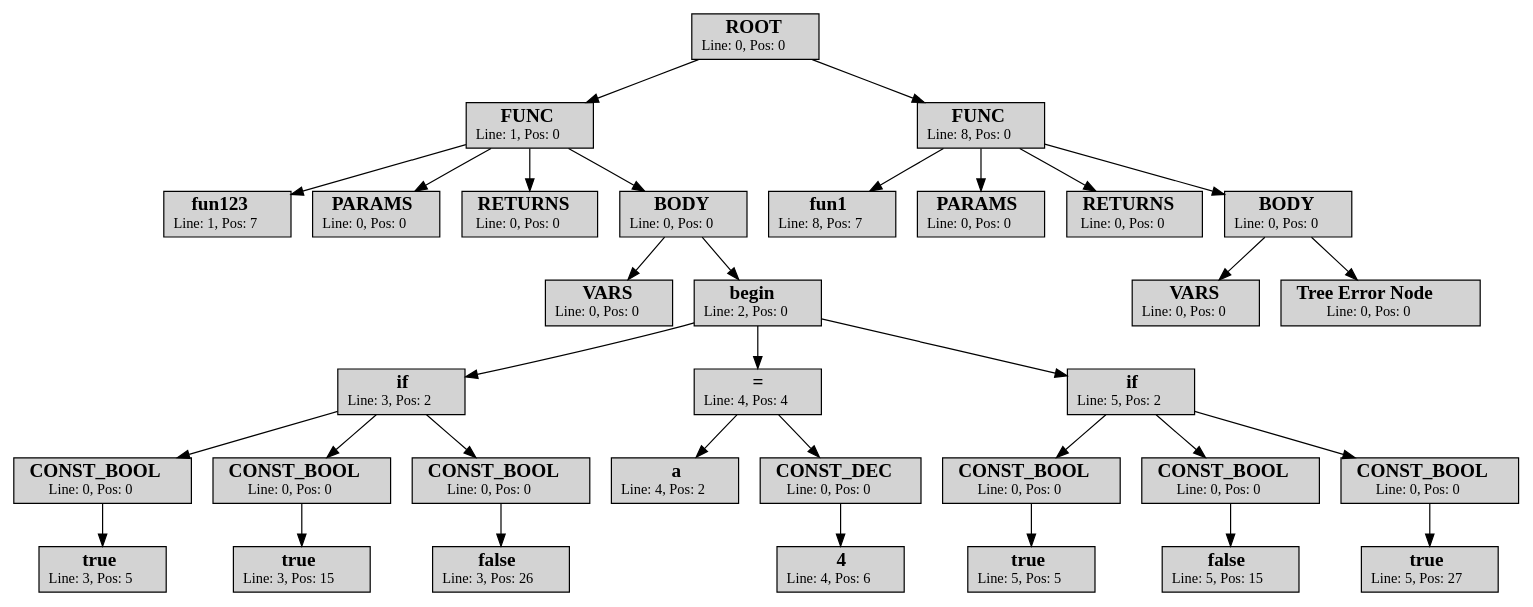
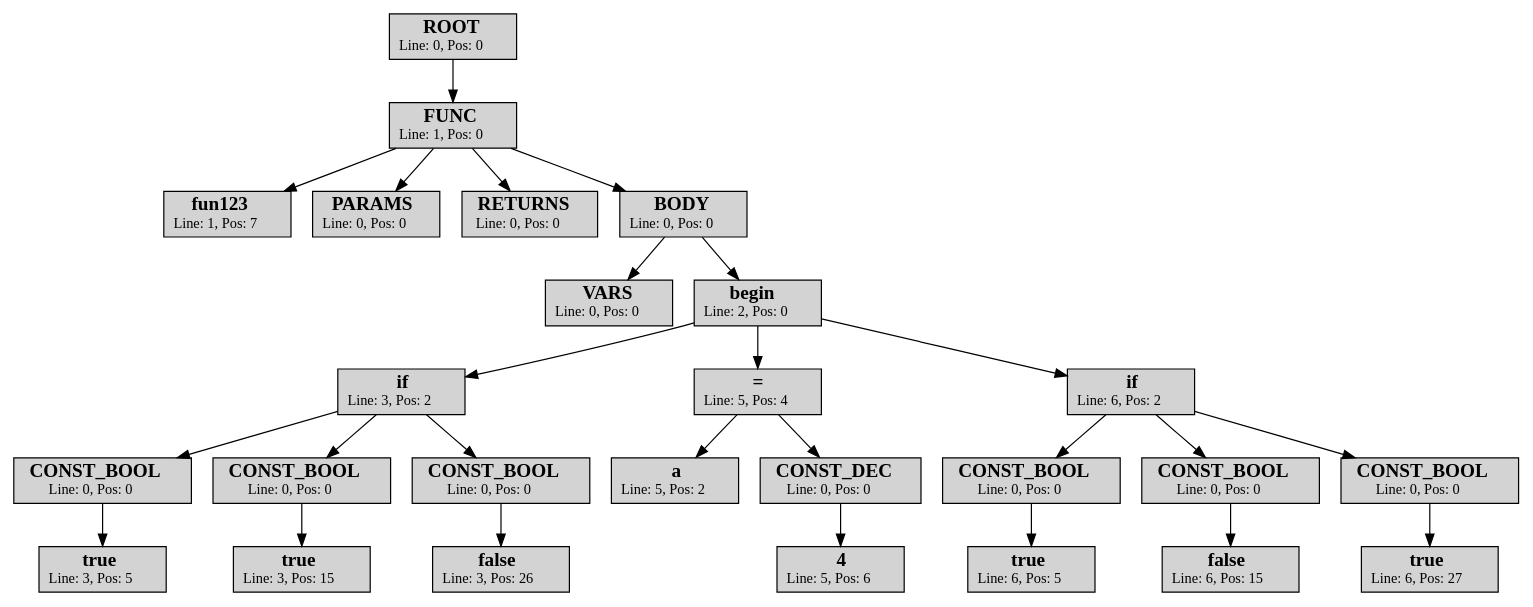
Before and after one commit to klephron/itmo: the diagram in Year-5/System-software/lab-2/io/input.txt.ast.dot, drawn with Graphviz. The commit also changed 8 other files, not shown here.

```diff
--- a/Year-5/System-software/lab-2/io/input.txt.ast.dot
+++ b/Year-5/System-software/lab-2/io/input.txt.ast.dot
@@ -1,68 +1,54 @@
 strict digraph AST{
 node [shape=rect, style=filled]
 id_1[label=< <FONT POINT-SIZE="16"><b>ROOT</b></FONT><br/><FONT POINT-SIZE="12">Line: 0, Pos: 0</FONT> >]
 id_2[label=< <FONT POINT-SIZE="16"><b>FUNC</b></FONT><br/><FONT POINT-SIZE="12">Line: 1, Pos: 0</FONT> >]
 id_3[label=< <FONT POINT-SIZE="16"><b>fun123</b></FONT><br/><FONT POINT-SIZE="12">Line: 1, Pos: 7</FONT> >]
 id_4[label=< <FONT POINT-SIZE="16"><b>PARAMS</b></FONT><br/><FONT POINT-SIZE="12">Line: 0, Pos: 0</FONT> >]
 id_5[label=< <FONT POINT-SIZE="16"><b>RETURNS</b></FONT><br/><FONT POINT-SIZE="12">Line: 0, Pos: 0</FONT> >]
 id_6[label=< <FONT POINT-SIZE="16"><b>BODY</b></FONT><br/><FONT POINT-SIZE="12">Line: 0, Pos: 0</FONT> >]
 id_7[label=< <FONT POINT-SIZE="16"><b>VARS</b></FONT><br/><FONT POINT-SIZE="12">Line: 0, Pos: 0</FONT> >]
 id_8[label=< <FONT POINT-SIZE="16"><b>begin</b></FONT><br/><FONT POINT-SIZE="12">Line: 2, Pos: 0</FONT> >]
 id_9[label=< <FONT POINT-SIZE="16"><b>if</b></FONT><br/><FONT POINT-SIZE="12">Line: 3, Pos: 2</FONT> >]
 id_10[label=< <FONT POINT-SIZE="16"><b>CONST_BOOL</b></FONT><br/><FONT POINT-SIZE="12">Line: 0, Pos: 0</FONT> >]
 id_11[label=< <FONT POINT-SIZE="16"><b>true</b></FONT><br/><FONT POINT-SIZE="12">Line: 3, Pos: 5</FONT> >]
 id_12[label=< <FONT POINT-SIZE="16"><b>CONST_BOOL</b></FONT><br/><FONT POINT-SIZE="12">Line: 0, Pos: 0</FONT> >]
 id_13[label=< <FONT POINT-SIZE="16"><b>true</b></FONT><br/><FONT POINT-SIZE="12">Line: 3, Pos: 15</FONT> >]
 id_14[label=< <FONT POINT-SIZE="16"><b>CONST_BOOL</b></FONT><br/><FONT POINT-SIZE="12">Line: 0, Pos: 0</FONT> >]
 id_15[label=< <FONT POINT-SIZE="16"><b>false</b></FONT><br/><FONT POINT-SIZE="12">Line: 3, Pos: 26</FONT> >]
-id_16[label=< <FONT POINT-SIZE="16"><b>=</b></FONT><br/><FONT POINT-SIZE="12">Line: 4, Pos: 4</FONT> >]
-id_17[label=< <FONT POINT-SIZE="16"><b>a</b></FONT><br/><FONT POINT-SIZE="12">Line: 4, Pos: 2</FONT> >]
+id_16[label=< <FONT POINT-SIZE="16"><b>=</b></FONT><br/><FONT POINT-SIZE="12">Line: 5, Pos: 4</FONT> >]
+id_17[label=< <FONT POINT-SIZE="16"><b>a</b></FONT><br/><FONT POINT-SIZE="12">Line: 5, Pos: 2</FONT> >]
 id_18[label=< <FONT POINT-SIZE="16"><b>CONST_DEC</b></FONT><br/><FONT POINT-SIZE="12">Line: 0, Pos: 0</FONT> >]
-id_19[label=< <FONT POINT-SIZE="16"><b>4</b></FONT><br/><FONT POINT-SIZE="12">Line: 4, Pos: 6</FONT> >]
-id_20[label=< <FONT POINT-SIZE="16"><b>if</b></FONT><br/><FONT POINT-SIZE="12">Line: 5, Pos: 2</FONT> >]
+id_19[label=< <FONT POINT-SIZE="16"><b>4</b></FONT><br/><FONT POINT-SIZE="12">Line: 5, Pos: 6</FONT> >]
+id_20[label=< <FONT POINT-SIZE="16"><b>if</b></FONT><br/><FONT POINT-SIZE="12">Line: 6, Pos: 2</FONT> >]
 id_21[label=< <FONT POINT-SIZE="16"><b>CONST_BOOL</b></FONT><br/><FONT POINT-SIZE="12">Line: 0, Pos: 0</FONT> >]
-id_22[label=< <FONT POINT-SIZE="16"><b>true</b></FONT><br/><FONT POINT-SIZE="12">Line: 5, Pos: 5</FONT> >]
+id_22[label=< <FONT POINT-SIZE="16"><b>true</b></FONT><br/><FONT POINT-SIZE="12">Line: 6, Pos: 5</FONT> >]
 id_23[label=< <FONT POINT-SIZE="16"><b>CONST_BOOL</b></FONT><br/><FONT POINT-SIZE="12">Line: 0, Pos: 0</FONT> >]
-id_24[label=< <FONT POINT-SIZE="16"><b>false</b></FONT><br/><FONT POINT-SIZE="12">Line: 5, Pos: 15</FONT> >]
+id_24[label=< <FONT POINT-SIZE="16"><b>false</b></FONT><br/><FONT POINT-SIZE="12">Line: 6, Pos: 15</FONT> >]
 id_25[label=< <FONT POINT-SIZE="16"><b>CONST_BOOL</b></FONT><br/><FONT POINT-SIZE="12">Line: 0, Pos: 0</FONT> >]
-id_26[label=< <FONT POINT-SIZE="16"><b>true</b></FONT><br/><FONT POINT-SIZE="12">Line: 5, Pos: 27</FONT> >]
-id_27[label=< <FONT POINT-SIZE="16"><b>FUNC</b></FONT><br/><FONT POINT-SIZE="12">Line: 8, Pos: 0</FONT> >]
-id_28[label=< <FONT POINT-SIZE="16"><b>fun1</b></FONT><br/><FONT POINT-SIZE="12">Line: 8, Pos: 7</FONT> >]
-id_29[label=< <FONT POINT-SIZE="16"><b>PARAMS</b></FONT><br/><FONT POINT-SIZE="12">Line: 0, Pos: 0</FONT> >]
-id_30[label=< <FONT POINT-SIZE="16"><b>RETURNS</b></FONT><br/><FONT POINT-SIZE="12">Line: 0, Pos: 0</FONT> >]
-id_31[label=< <FONT POINT-SIZE="16"><b>BODY</b></FONT><br/><FONT POINT-SIZE="12">Line: 0, Pos: 0</FONT> >]
-id_32[label=< <FONT POINT-SIZE="16"><b>VARS</b></FONT><br/><FONT POINT-SIZE="12">Line: 0, Pos: 0</FONT> >]
-id_33[label=< <FONT POINT-SIZE="16"><b>Tree Error Node</b></FONT><br/><FONT POINT-SIZE="12">Line: 0, Pos: 0</FONT> >]
+id_26[label=< <FONT POINT-SIZE="16"><b>true</b></FONT><br/><FONT POINT-SIZE="12">Line: 6, Pos: 27</FONT> >]
 id_2 -> id_3
 id_2 -> id_4
 id_2 -> id_5
 id_6 -> id_7
 id_10 -> id_11
 id_9 -> id_10
 id_12 -> id_13
 id_9 -> id_12
 id_14 -> id_15
 id_9 -> id_14
 id_8 -> id_9
 id_16 -> id_17
 id_18 -> id_19
 id_16 -> id_18
 id_8 -> id_16
 id_21 -> id_22
 id_20 -> id_21
 id_23 -> id_24
 id_20 -> id_23
 id_25 -> id_26
 id_20 -> id_25
 id_8 -> id_20
 id_6 -> id_8
 id_2 -> id_6
 id_1 -> id_2
-id_27 -> id_28
-id_27 -> id_29
-id_27 -> id_30
-id_31 -> id_32
-id_31 -> id_33
-id_27 -> id_31
-id_1 -> id_27
 }
```
